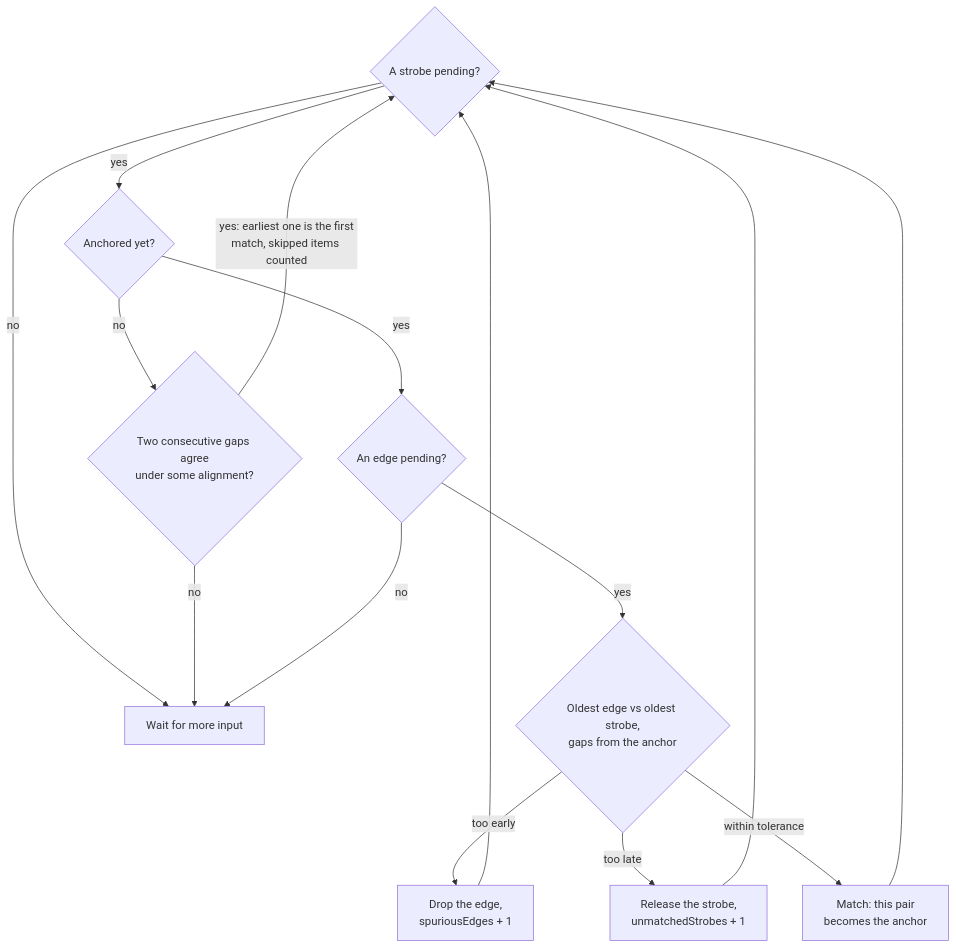
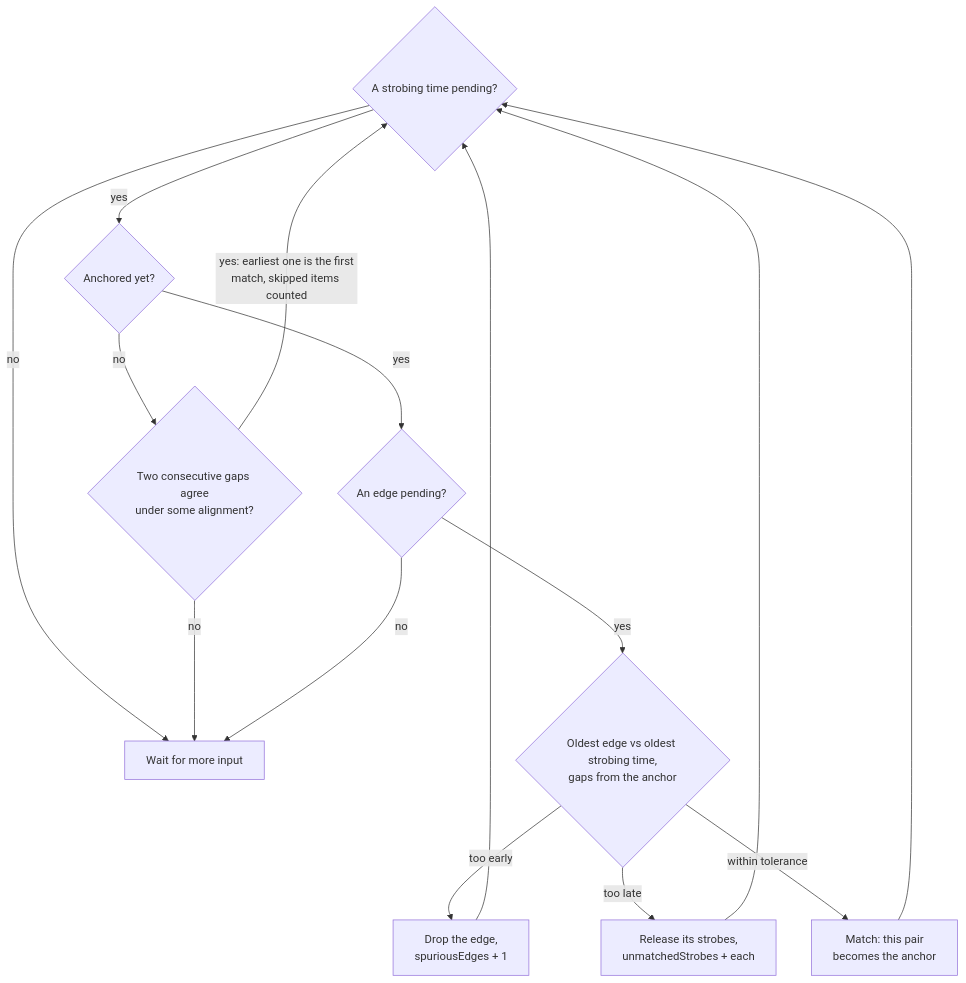
One commit to Chase-NJ/Ephymeris changed the second of 3 diagrams in docs/RECORDING.md. Above: the diagram before and after it, drawn with Mermaid. The commit also changed other lines of this file and 23 other files, not shown here.

````diff
--- a/docs/RECORDING.md
+++ b/docs/RECORDING.md
@@ -255,17 +299,17 @@
 ```mermaid
 flowchart TD
-    head{"A strobe pending?"} -->|"no"| wait["Wait for more input"]
+    head{"A strobing time pending?"} -->|"no"| wait["Wait for more input"]
     head -->|"yes"| anchored{"Anchored yet?"}
     anchored -->|"no"| first{"Two consecutive gaps agree<br/>under some alignment?"}
     first -->|"no"| wait
     first -->|"yes: earliest one is the first<br/>match, skipped items counted"| head
     anchored -->|"yes"| edgePending{"An edge pending?"}
     edgePending -->|"no"| wait
-    edgePending -->|"yes"| compare{"Oldest edge vs oldest strobe,<br/>gaps from the anchor"}
+    edgePending -->|"yes"| compare{"Oldest edge vs oldest strobing time,<br/>gaps from the anchor"}
     compare -->|"too early"| spurious["Drop the edge,<br/>spuriousEdges + 1"]
-    compare -->|"too late"| unmatched["Release the strobe,<br/>unmatchedStrobes + 1"]
+    compare -->|"too late"| unmatched["Release its strobes,<br/>unmatchedStrobes + each"]
     compare -->|"within tolerance"| match["Match: this pair<br/>becomes the anchor"]
     spurious --> head
     unmatched --> head
     match --> head
 ```
````
